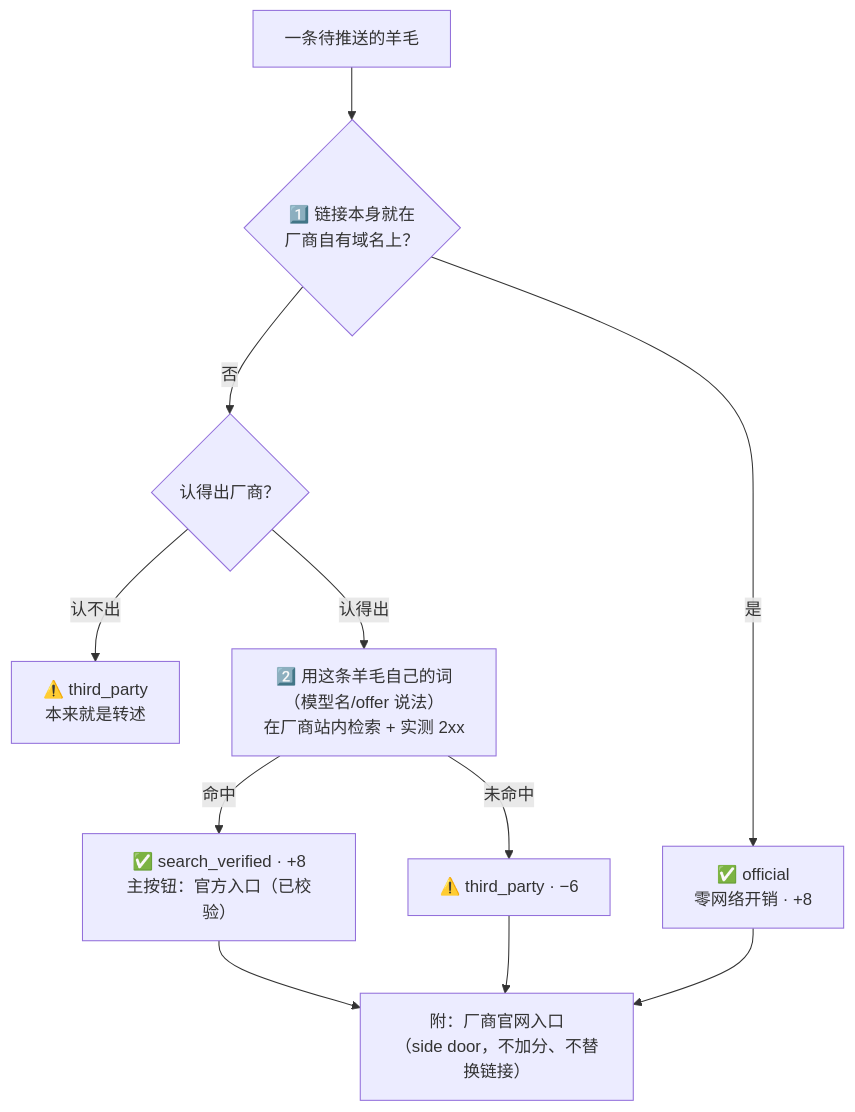
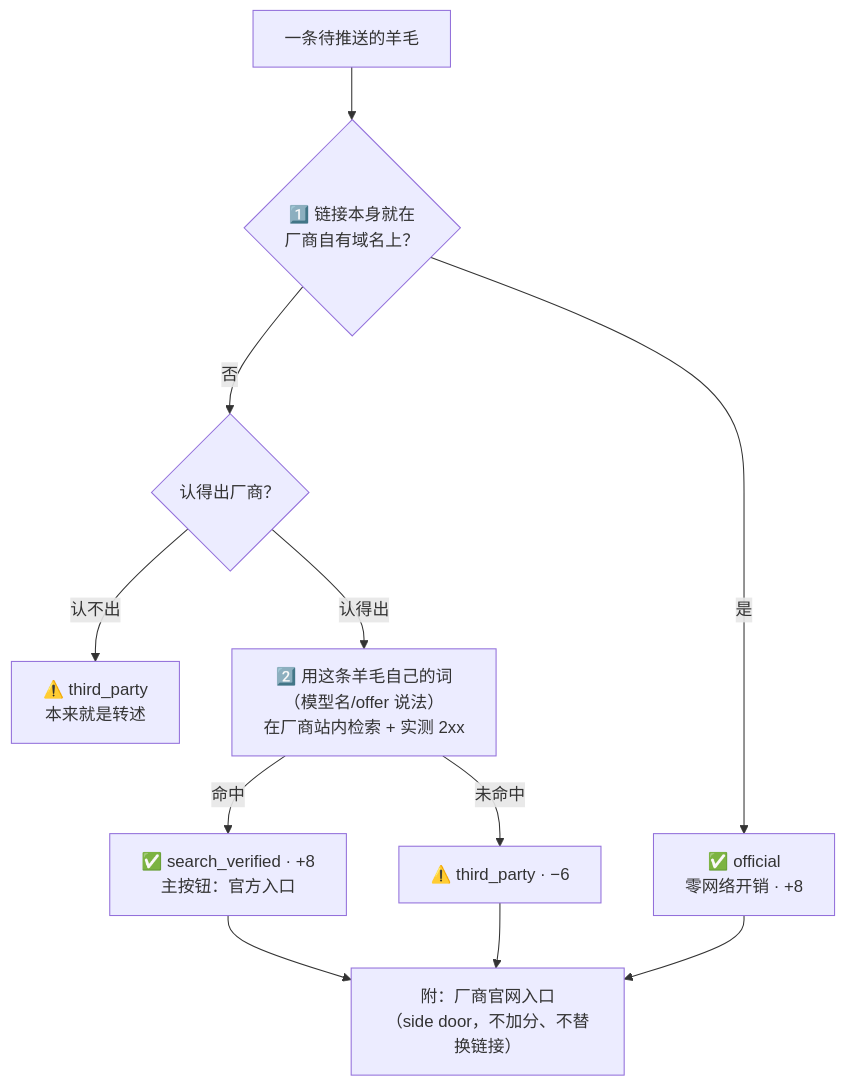
One commit to xiabee/Deal-Hunter changed the fourth of 5 diagrams in README.md. Above: the diagram before and after it, drawn with Mermaid. The commit also changed other lines of this file and 6 other files, not shown here.

````diff
--- a/README.md
+++ b/README.md
@@ -232,13 +232,13 @@
 ```mermaid
 flowchart TD
     A["一条待推送的羊毛"] --> B{"1️⃣ 链接本身就在<br/>厂商自有域名上？"}
     B -- 是 --> B1["✅ official<br/>零网络开销 · +8"]
     B -- 否 --> C{"认得出厂商？"}
     C -- 认不出 --> C1["⚠️ third_party<br/>本来就是转述"]
     C -- 认得出 --> D["2️⃣ 用这条羊毛自己的词<br/>（模型名/offer 说法）<br/>在厂商站内检索 + 实测 2xx"]
-    D -- 命中 --> D1["✅ search_verified · +8<br/>主按钮：官方入口（已校验）"]
+    D -- 命中 --> D1["✅ search_verified · +8<br/>主按钮：官方入口"]
     D -- 未命中 --> D2["⚠️ third_party · −6"]
     D1 --> E["附：厂商官网入口<br/>（side door，不加分、不替换链接）"]
     D2 --> E
     B1 --> E
 ```
````
